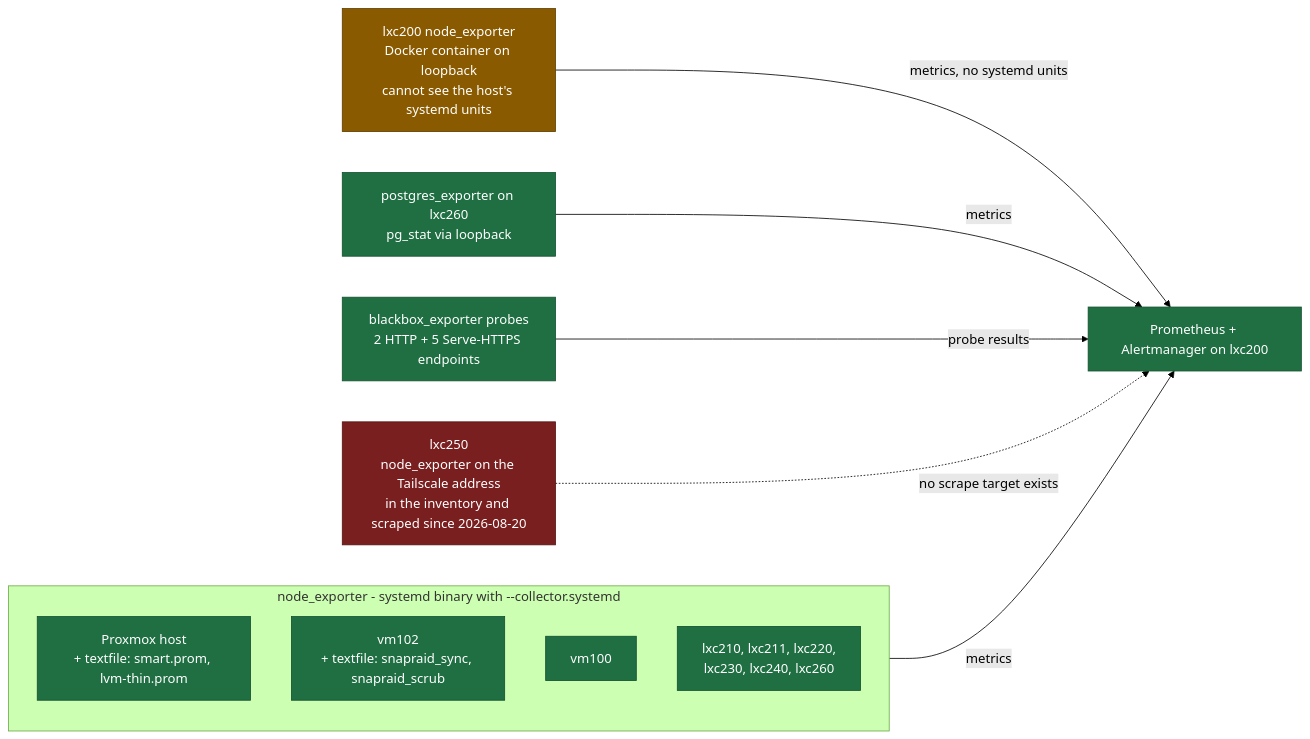
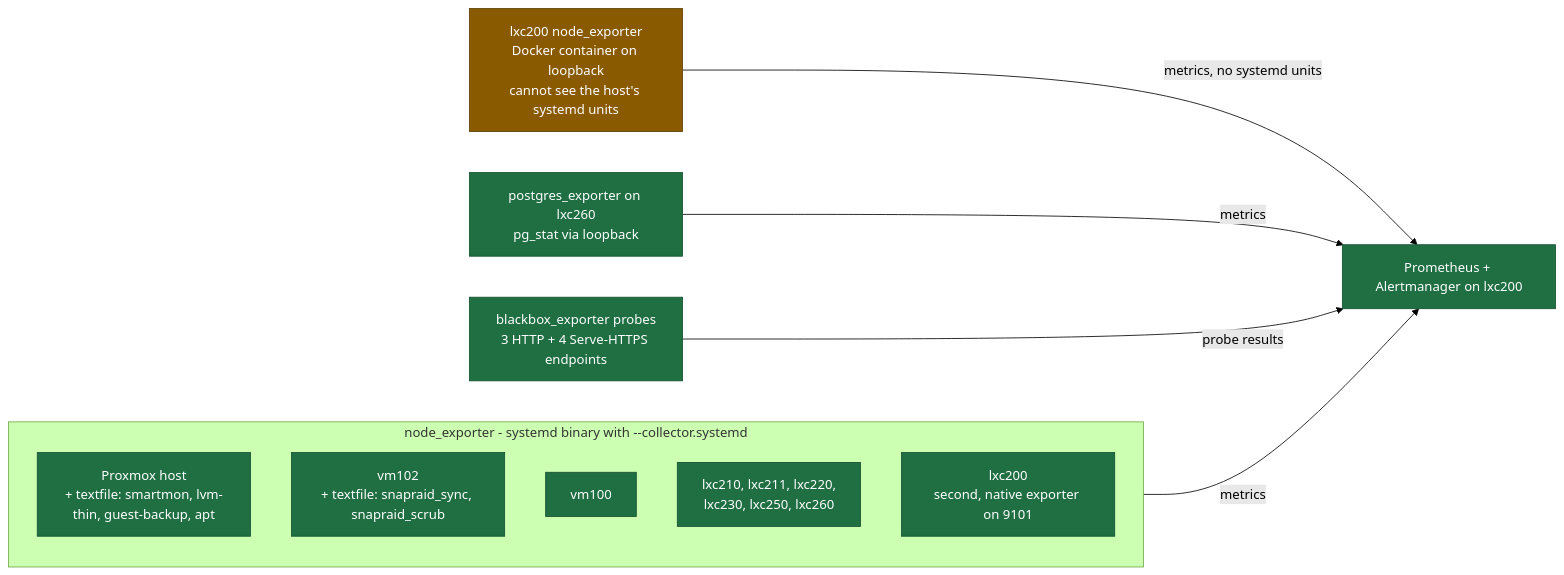
Before and after one commit to sohanreddyk/homelab-server-architecture: the fourth of 4 diagrams in docs/architecture/diagram.md, drawn with Mermaid (forest theme). The commit also changed other lines of this file and 12 other files, not shown here.

First line of the commit message:
docs(platform): bring diagrams and overviews to the measured state

````diff
--- a/docs/architecture/diagram.md
+++ b/docs/architecture/diagram.md
@@ -211,33 +213,30 @@
 ```mermaid
 flowchart LR
   accTitle: Monitoring coverage by exporter class
-  accDescr: node_exporter, postgres_exporter and blackbox probes delivering metrics to Prometheus on lxc200, with the two coverage gaps marked.
+  accDescr: node_exporter, postgres_exporter and blackbox probes delivering metrics to Prometheus on lxc200, with the one partial exporter marked.
 
   subgraph targets["node_exporter - systemd binary with --collector.systemd"]
-    HOST["Proxmox host<br/>+ textfile: smart.prom, lvm-thin.prom"]
+    HOST["Proxmox host<br/>+ textfile: smartmon, lvm-thin, guest-backup, apt"]
     VM102["vm102<br/>+ textfile: snapraid_sync, snapraid_scrub"]
     VM100["vm100"]
-    NODES["lxc210, lxc211, lxc220,<br/>lxc230, lxc240, lxc260"]
+    NODES["lxc210, lxc211, lxc220,<br/>lxc230, lxc250, lxc260"]
+    LXC200NATIVE["lxc200<br/>second, native exporter on 9101"]
   end
 
   LXC200SELF["lxc200 node_exporter<br/>Docker container on loopback<br/>cannot see the host's systemd units"]
   PGEXP["postgres_exporter on lxc260<br/>pg_stat via loopback"]
-  BLACKBOX["blackbox_exporter probes<br/>2 HTTP + 5 Serve-HTTPS endpoints"]
-  LXC250["lxc250<br/>node_exporter on the Tailscale address<br/>in the inventory and scraped since 2026-08-20"]
+  BLACKBOX["blackbox_exporter probes<br/>3 HTTP + 4 Serve-HTTPS endpoints"]
 
   PROM["Prometheus + Alertmanager on lxc200"]
 
   targets -->|"metrics"| PROM
   LXC200SELF -->|"metrics, no systemd units"| PROM
   PGEXP -->|"metrics"| PROM
   BLACKBOX -->|"probe results"| PROM
-  LXC250 -.->|"no scrape target exists"| PROM
 
   classDef ok fill:#1f6f43,stroke:#14512f,color:#ffffff
   classDef partial fill:#8a5a00,stroke:#5f3e00,color:#ffffff
-  classDef gap fill:#7a1f1f,stroke:#571414,color:#ffffff
-  class HOST,VM102,VM100,NODES,PGEXP,BLACKBOX ok
+  class HOST,VM102,VM100,NODES,LXC200NATIVE,PGEXP,BLACKBOX ok
   class LXC200SELF partial
-  class LXC250 gap
   class PROM ok
 ```
````
